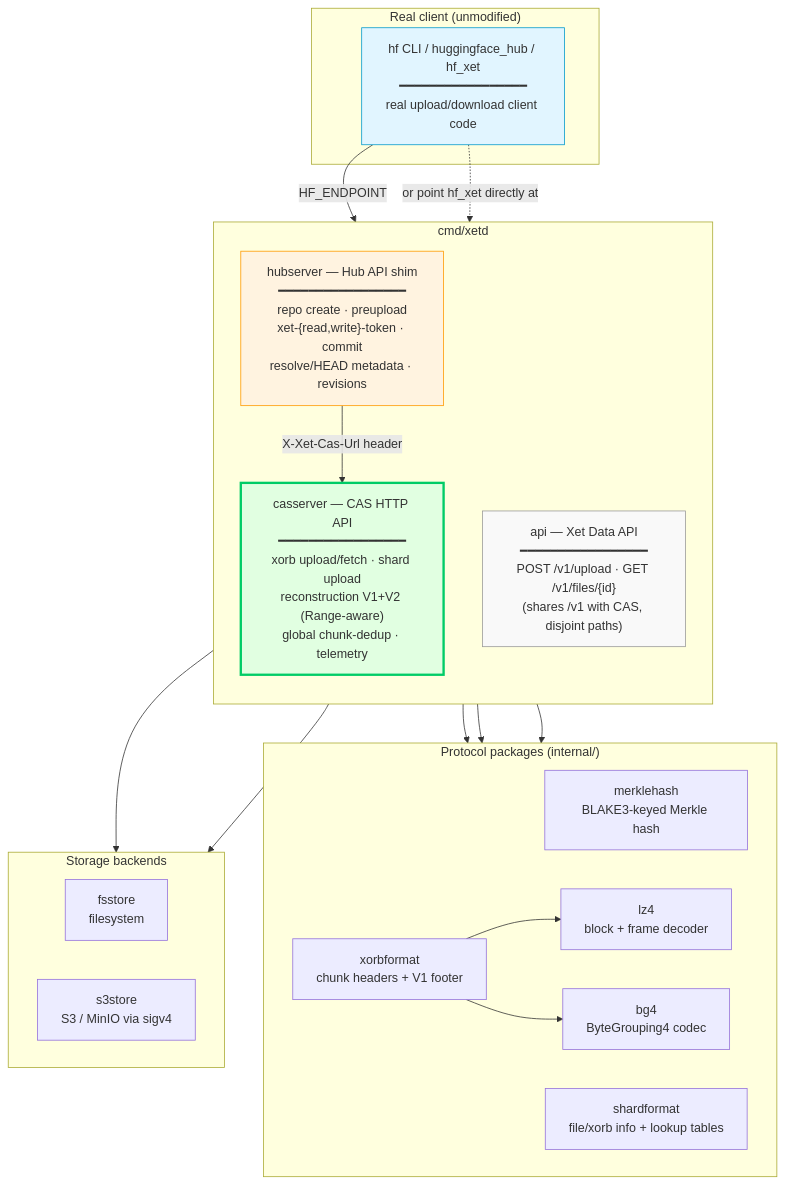
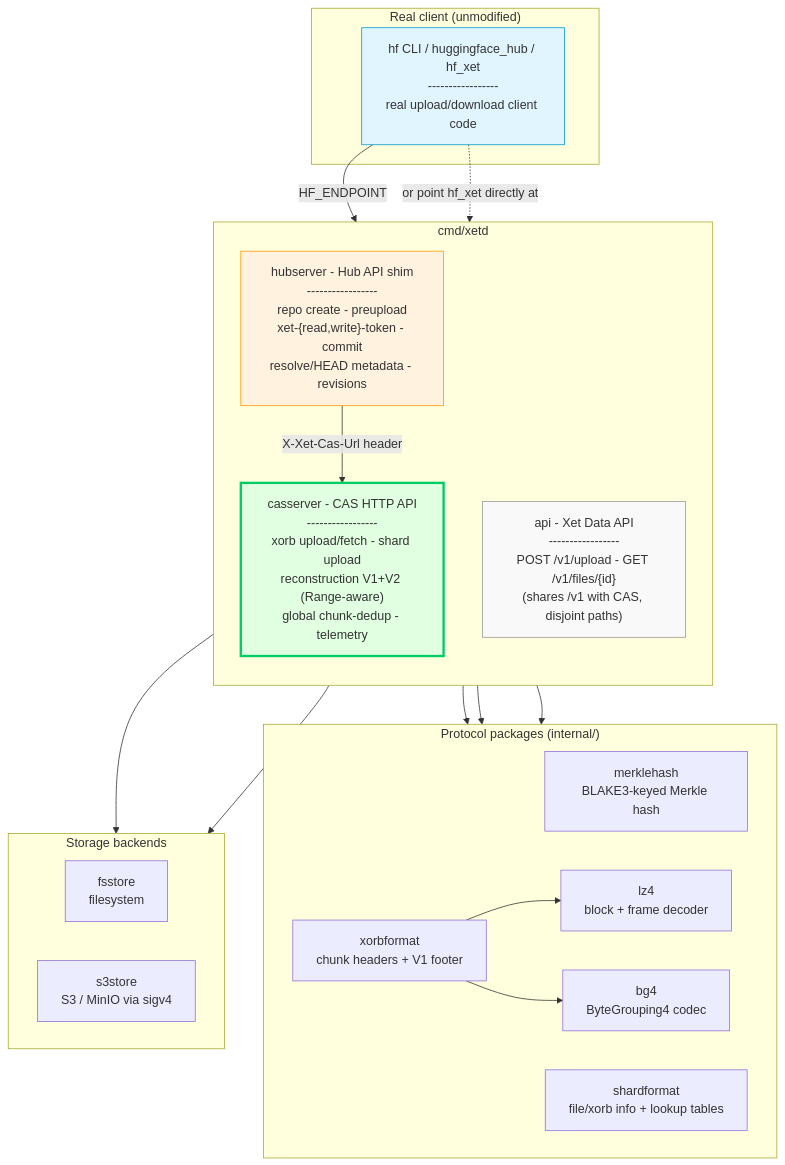
The first of 4 diagrams in docs/ARCHITECTURE.md (Taytay/xet-server), drawn with Mermaid before and after one commit. The commit also changed other lines of this file and 180 other files, not shown here.

````diff
--- a/docs/ARCHITECTURE.md
+++ b/docs/ARCHITECTURE.md
@@ -11,45 +11,45 @@
 ```mermaid
 graph TB
     subgraph "Real client (unmodified)"
-        HFCli["hf CLI / huggingface_hub / hf_xet\n━━━━━━━━━━━━━━━━━\nreal upload/download client code"]
+        HFCli["hf CLI / huggingface_hub / hf_xet\n-----------------\nreal upload/download client code"]
     end
 
     subgraph "cmd/xetd"
         direction TB
-        Hub["hubserver — Hub API shim\n━━━━━━━━━━━━━━━━━\nrepo create · preupload\nxet-{read,write}-token · commit\nresolve/HEAD metadata · revisions"]
-        CAS["casserver — CAS HTTP API\n━━━━━━━━━━━━━━━━━\nxorb upload/fetch · shard upload\nreconstruction V1+V2 (Range-aware)\nglobal chunk-dedup · telemetry"]
-        XetData["api — Xet Data API\n━━━━━━━━━━━━━━━━━\nPOST /v1/upload · GET /v1/files/{id}\n(shares /v1 with CAS, disjoint paths)"]
+        Hub["hubserver - Hub API shim\n-----------------\nrepo create - preupload\nxet-{read,write}-token - commit\nresolve/HEAD metadata - revisions"]
+        CAS["casserver - CAS HTTP API\n-----------------\nxorb upload/fetch - shard upload\nreconstruction V1+V2 (Range-aware)\nglobal chunk-dedup - telemetry"]
+        XetData["api - Xet Data API\n-----------------\nPOST /v1/upload - GET /v1/files/{id}\n(shares /v1 with CAS, disjoint paths)"]
     end
 
     subgraph "Protocol packages (internal/)"
         direction LR
         Hash["merklehash\nBLAKE3-keyed Merkle hash"]
         Xorb["xorbformat\nchunk headers + V1 footer"]
         Shard["shardformat\nfile/xorb info + lookup tables"]
         LZ4["lz4\nblock + frame decoder"]
         BG4["bg4\nByteGrouping4 codec"]
     end
 
     subgraph "Storage backends"
         direction LR
         FS["fsstore\nfilesystem"]
         S3["s3store\nS3 / MinIO via sigv4"]
     end
 
     HFCli -->|"HF_ENDPOINT"| Hub
     Hub -->|"X-Xet-Cas-Url header"| CAS
     HFCli -.->|"or point hf_xet directly at"| CAS
 
     CAS --> Hash
     CAS --> Xorb
     CAS --> Shard
     Xorb --> LZ4
     Xorb --> BG4
     CAS --> FS
     CAS --> S3
 
     style HFCli fill:#e1f5ff,stroke:#0099cc
     style Hub fill:#fff3e0,stroke:#ff9900
     style CAS fill:#e1ffe1,stroke:#00cc66,stroke-width:3px
     style XetData fill:#f9f9f9,stroke:#999
 ```
````
